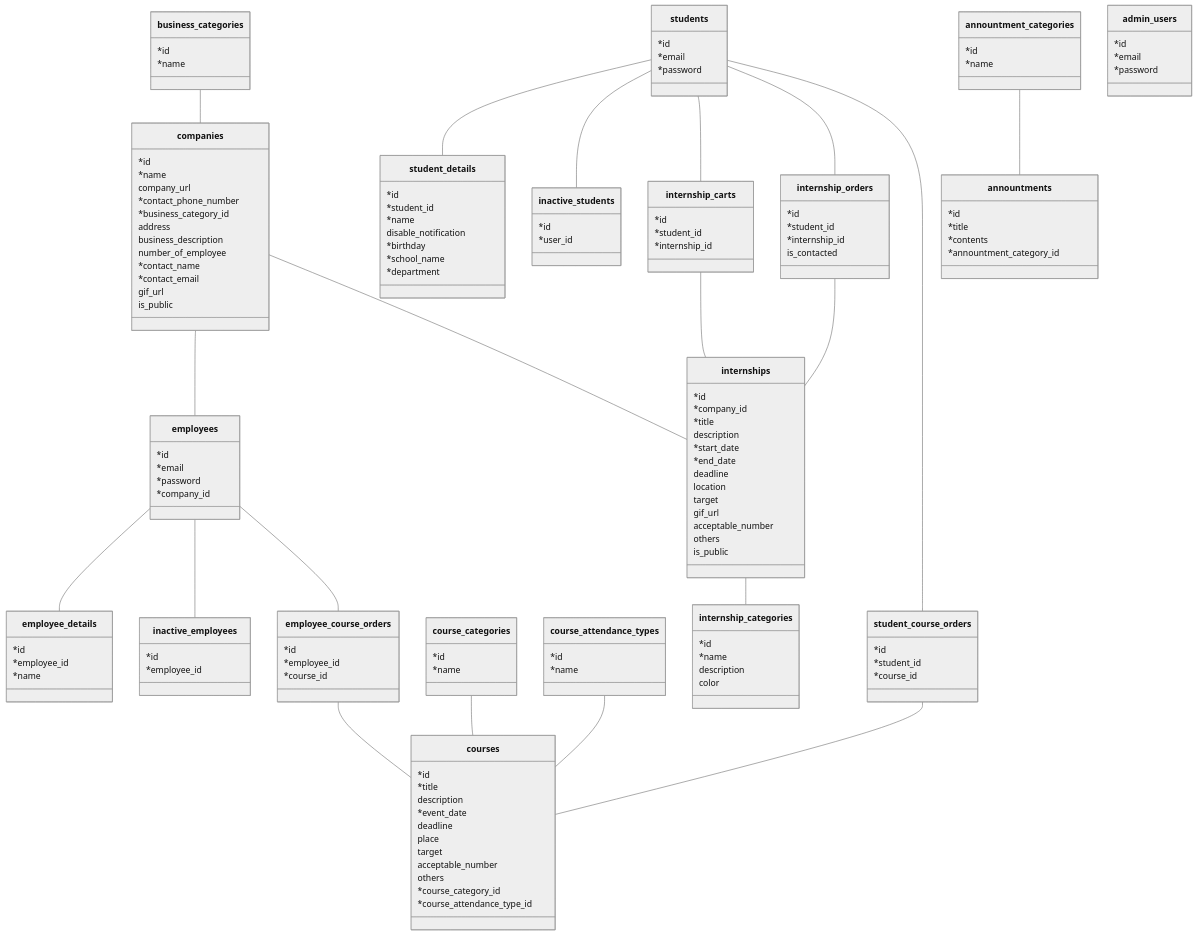
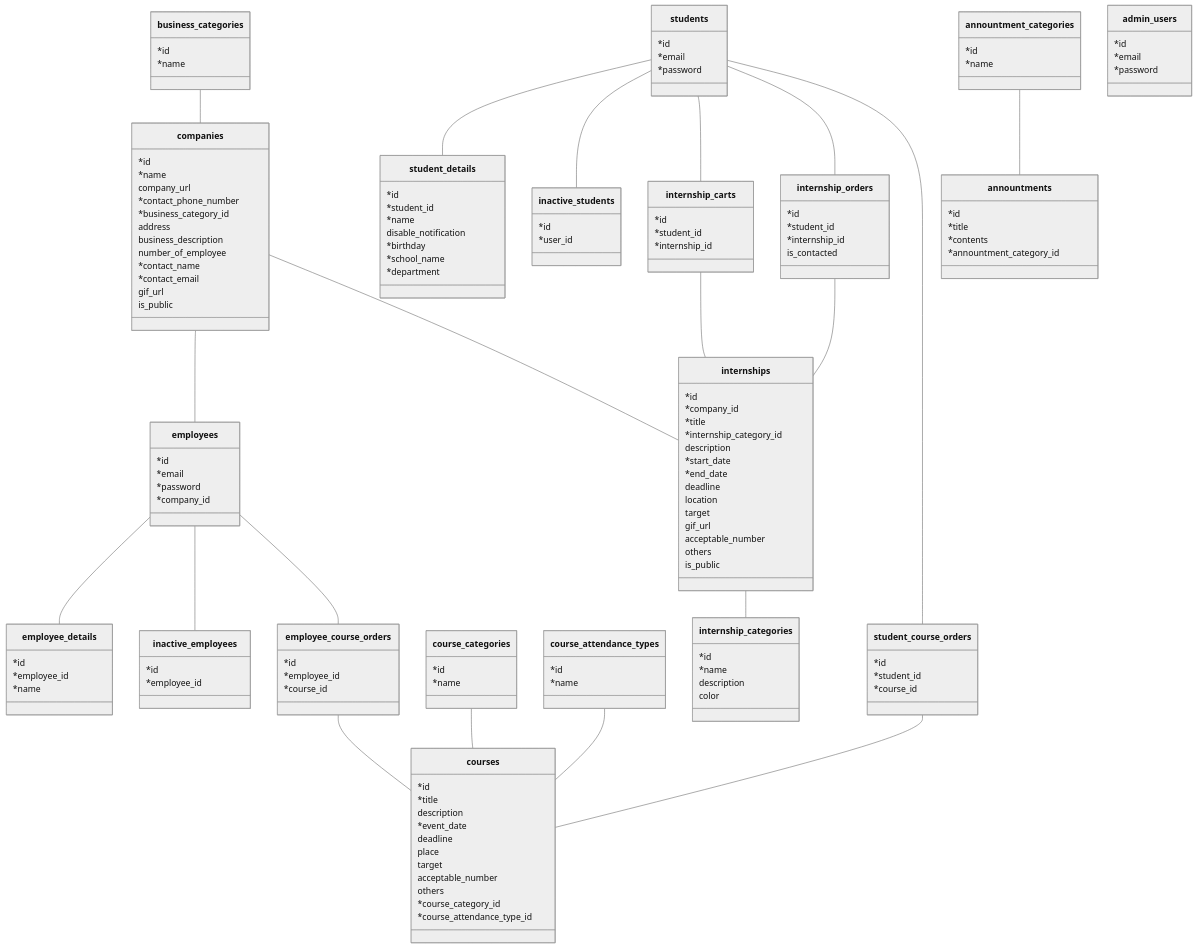
One commit to youichiro/nagaoka-internship-site changed the diagram in docs/schema.md. Above: the diagram before and after it, drawn with Mermaid. The commit also changed 2 other files, not shown here.

Commit message:
add reference

```diff
--- a/docs/schema.md
+++ b/docs/schema.md
@@ -102,6 +102,7 @@
     *id
     *company_id
     *title
+    *internship_category_id
     description
     *start_date
     *end_date
```
